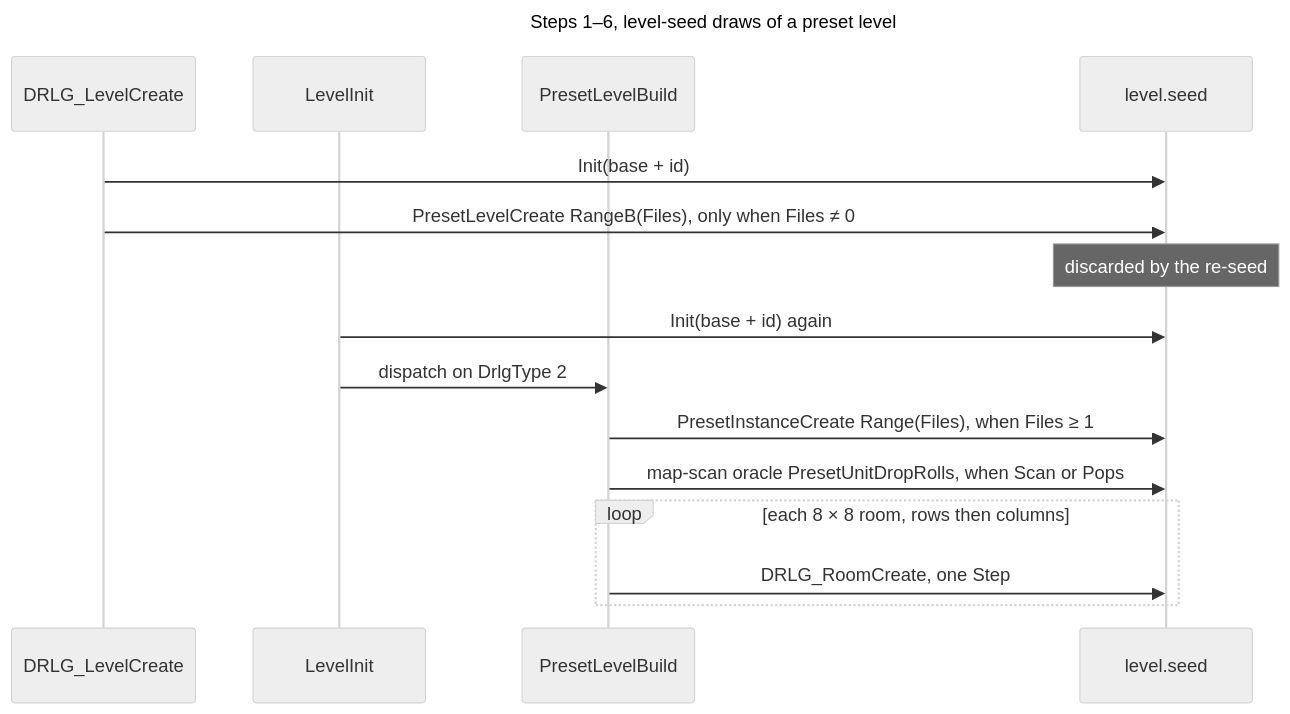
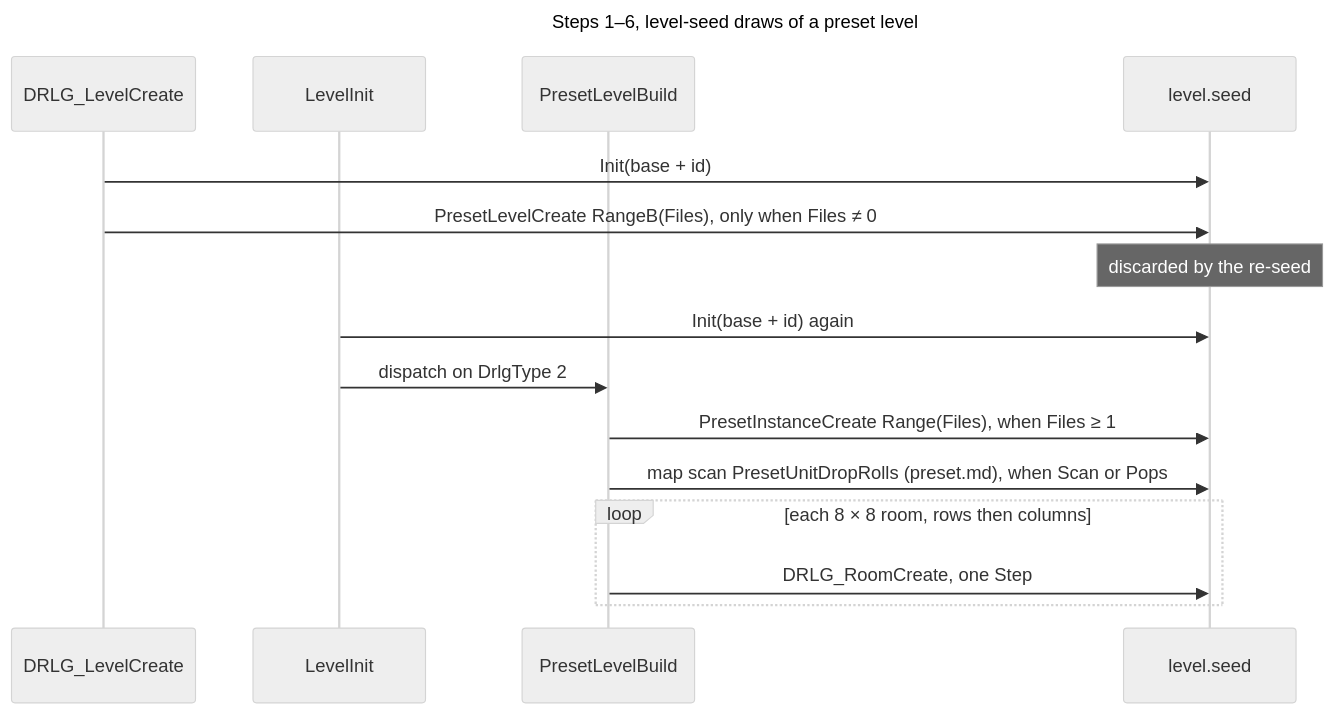
The second of 5 diagrams in docs/specs/drlg/README.md (IgorKonovalov/diablo-2-recompilation), drawn with Mermaid (neutral theme) before and after one commit. The commit also changed other lines of this file and 4 other files, not shown here.

First line of the commit message:
docs(specs): drlg/preset, the DS1 unit list, keep/drop rolls and LvlPrest columns (plan 0016 Phase 3)

````diff
--- a/docs/specs/drlg/README.md
+++ b/docs/specs/drlg/README.md
@@ -118,20 +119,20 @@
 ```mermaid
 ---
 title: "Steps 1–6, level-seed draws of a preset level"
 ---
 sequenceDiagram
   participant LC as DRLG_LevelCreate
   participant LI as LevelInit
   participant PB as PresetLevelBuild
   participant LS as level.seed
   LC->>LS: Init(base + id)
   LC->>LS: PresetLevelCreate RangeB(Files), only when Files ≠ 0
   Note over LS: discarded by the re-seed
   LI->>LS: Init(base + id) again
   LI->>PB: dispatch on DrlgType 2
   PB->>LS: PresetInstanceCreate Range(Files), when Files ≥ 1
-  PB->>LS: map-scan oracle PresetUnitDropRolls, when Scan or Pops
+  PB->>LS: map scan PresetUnitDropRolls (preset.md), when Scan or Pops
   loop each 8 × 8 room, rows then columns
     PB->>LS: DRLG_RoomCreate, one Step
   end
 ```
````
